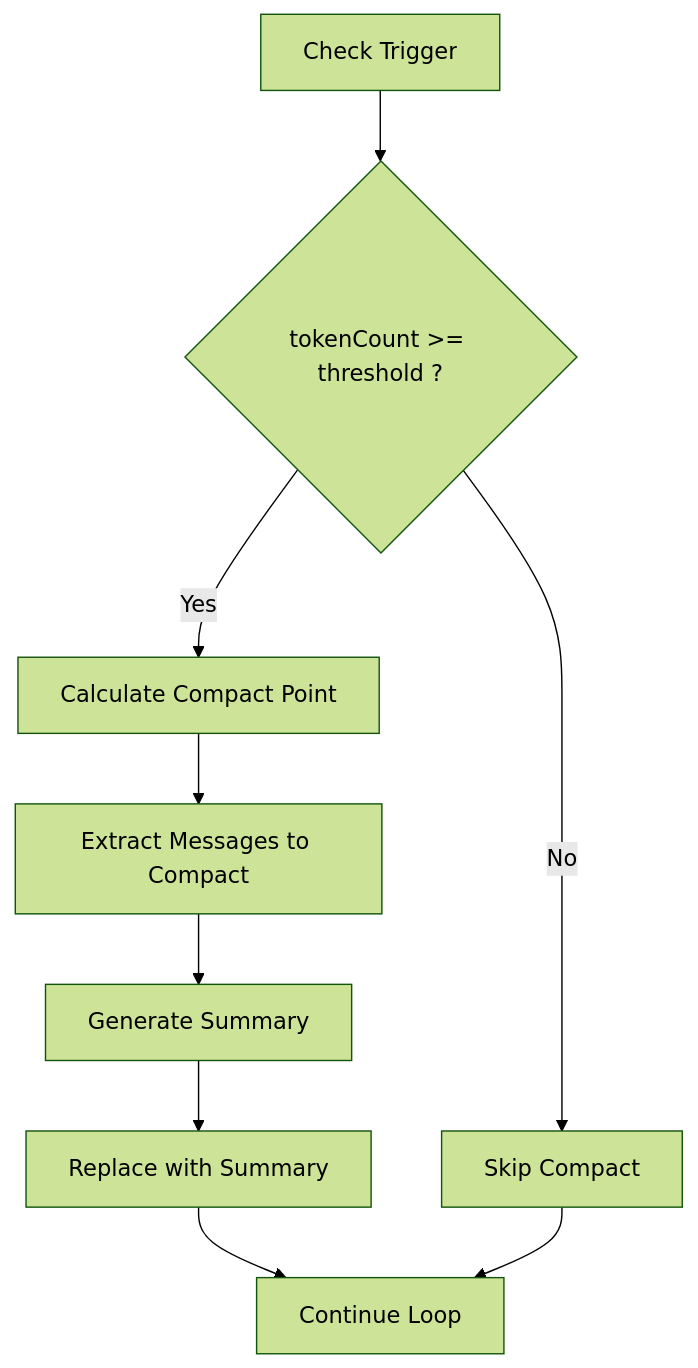
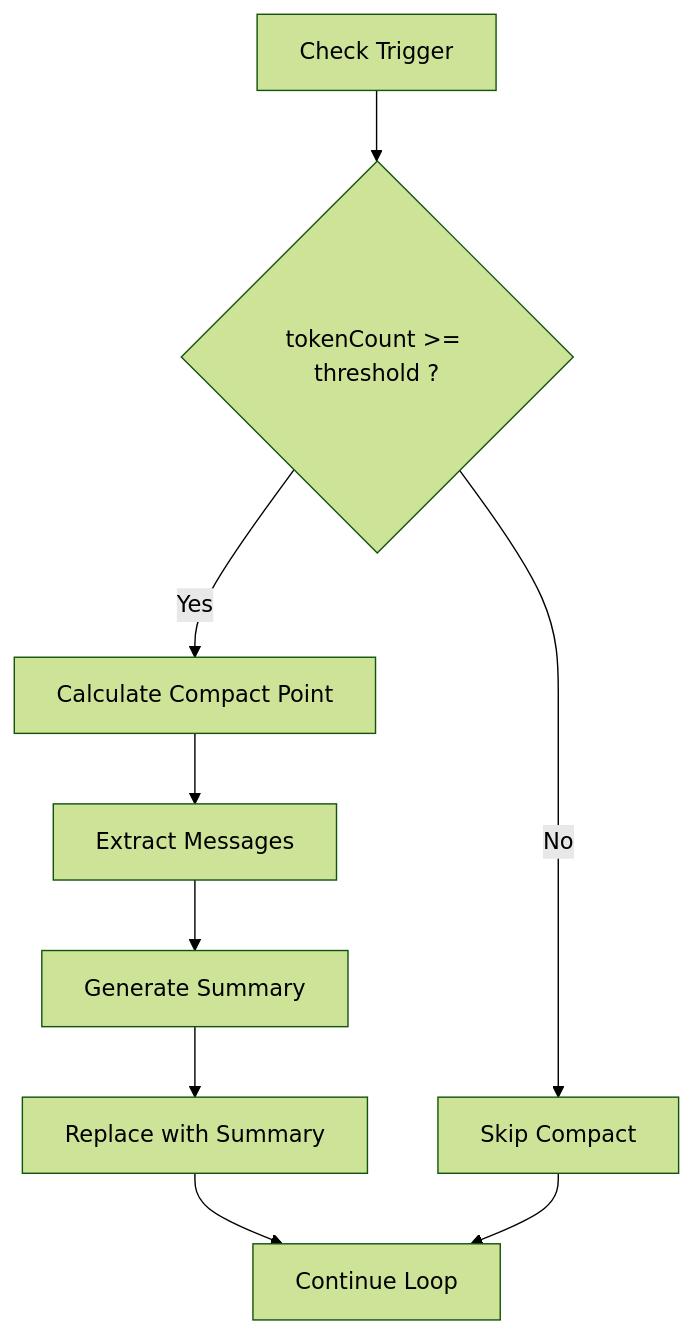
The fifth of 12 diagrams in analysis.md (zenHeart/claude-code-sourcemap), drawn with Mermaid (forest theme) before and after one commit. The commit also changed other lines of this file, not shown here.

````diff
--- a/analysis.md
+++ b/analysis.md
@@ -434,11 +362,11 @@
 ```mermaid
 flowchart TD
     A["Check Trigger"] --> B{"tokenCount >= threshold ?"}
     B -->|Yes| C["Calculate Compact Point"]
     B -->|No| Z["Skip Compact"]
-    C --> D["Extract Messages to Compact"]
+    C --> D["Extract Messages"]
     D --> E["Generate Summary"]
     E --> F["Replace with Summary"]
     F --> G["Continue Loop"]
     Z --> G
 ```
````
